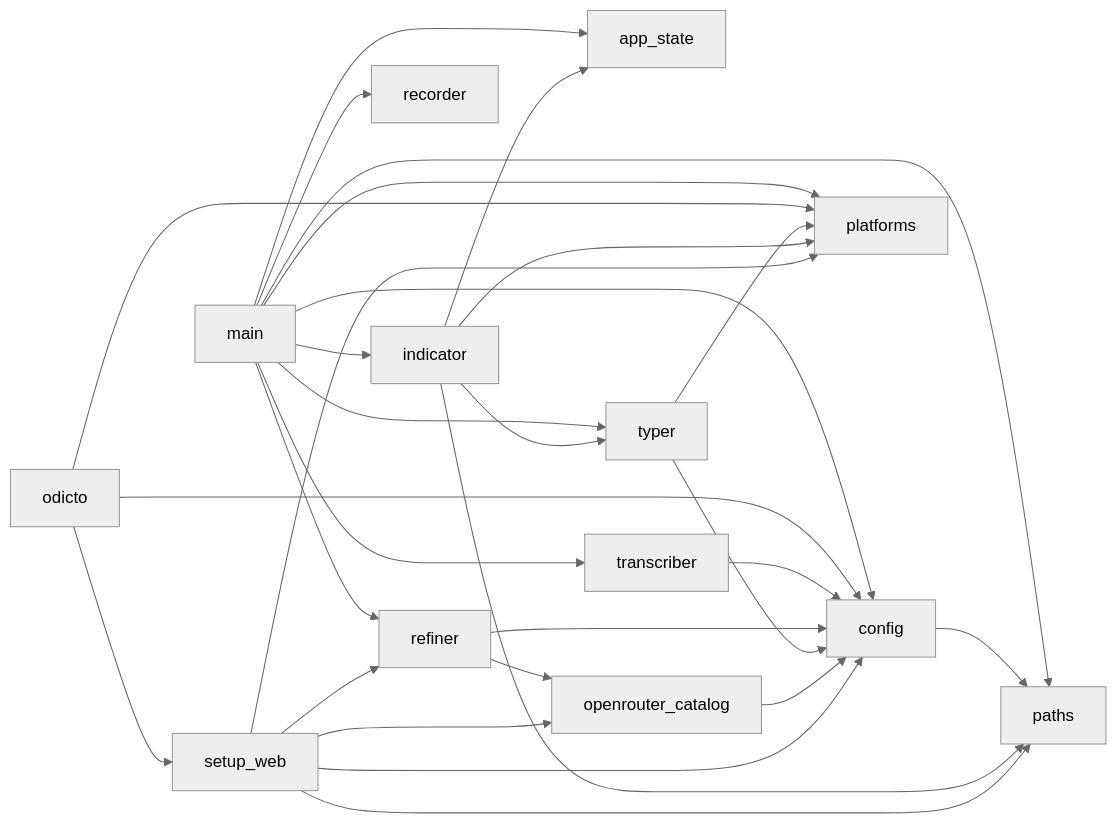
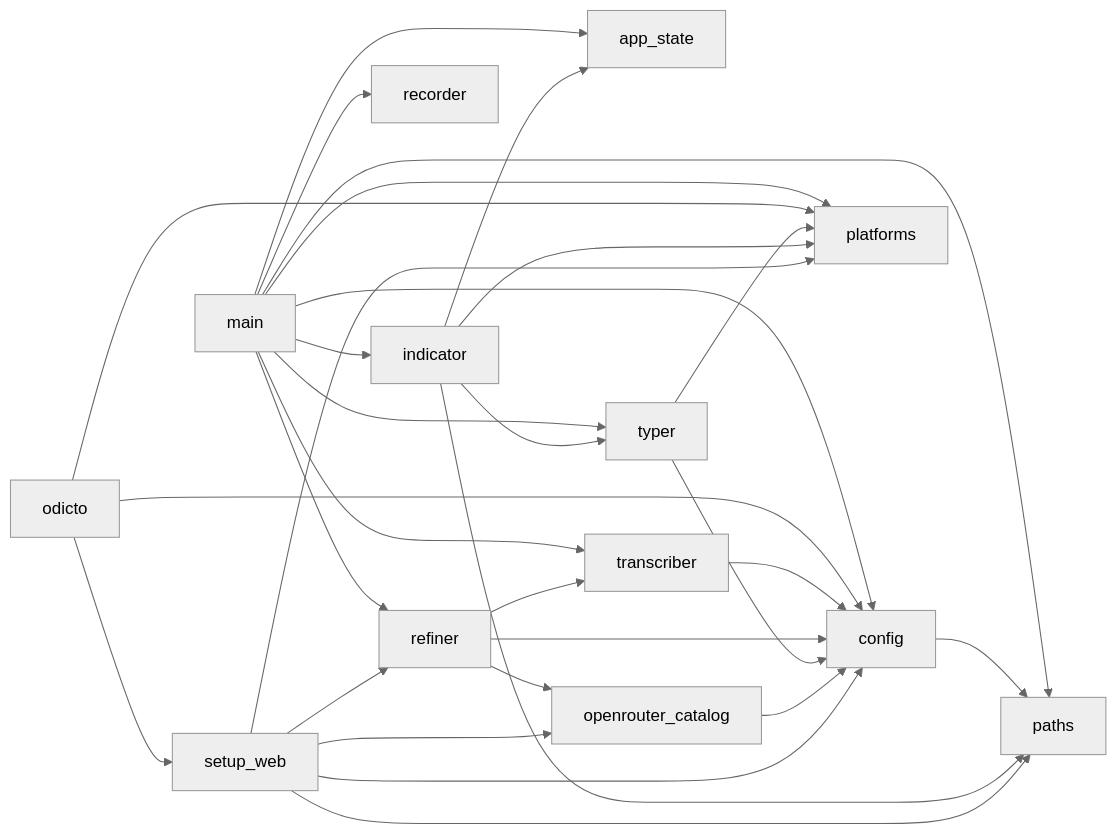
The second of 7 diagrams in docs/architecture.md (Gargeya-Grey/Odicto), drawn with Mermaid (neutral theme) before and after one commit. The commit also changed other lines of this file and 40 other files, not shown here.

````diff
--- a/docs/architecture.md
+++ b/docs/architecture.md
@@ -216,31 +217,32 @@
 ```mermaid
 graph LR
     main --> app_state
     main --> config
     main --> indicator
     main --> paths
     main --> platforms
     main --> recorder
     main --> refiner
     main --> transcriber
     main --> typer
     odicto --> config
     odicto --> platforms
     odicto --> setup_web
     config --> paths
     transcriber --> config
     refiner --> config
     refiner --> openrouter_catalog
+    refiner --> transcriber
     typer --> config
     typer --> platforms
     indicator --> app_state
     indicator --> paths
     indicator --> platforms
     indicator --> typer
     openrouter_catalog --> config
     setup_web --> config
     setup_web --> openrouter_catalog
     setup_web --> paths
     setup_web --> platforms
     setup_web --> refiner
 ```
````
